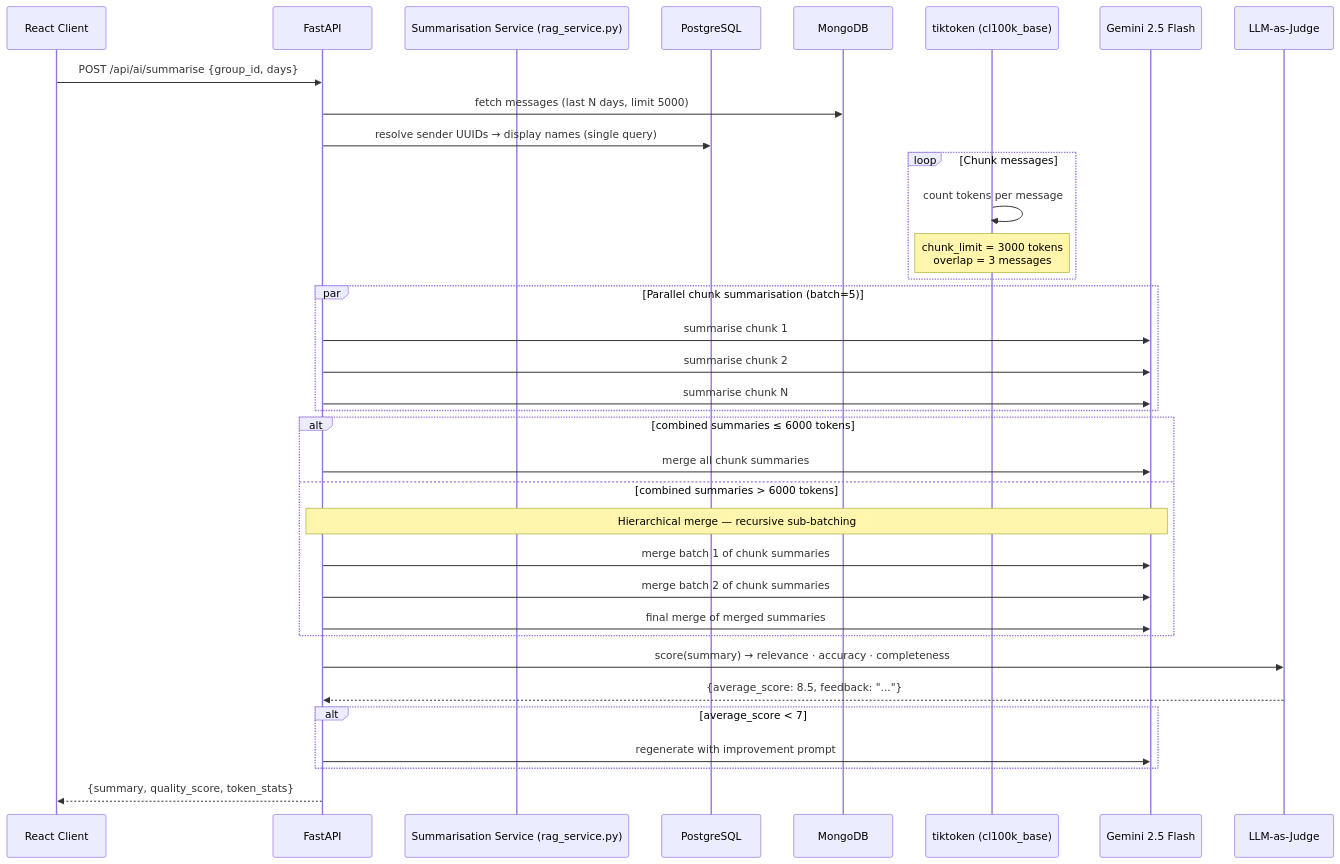
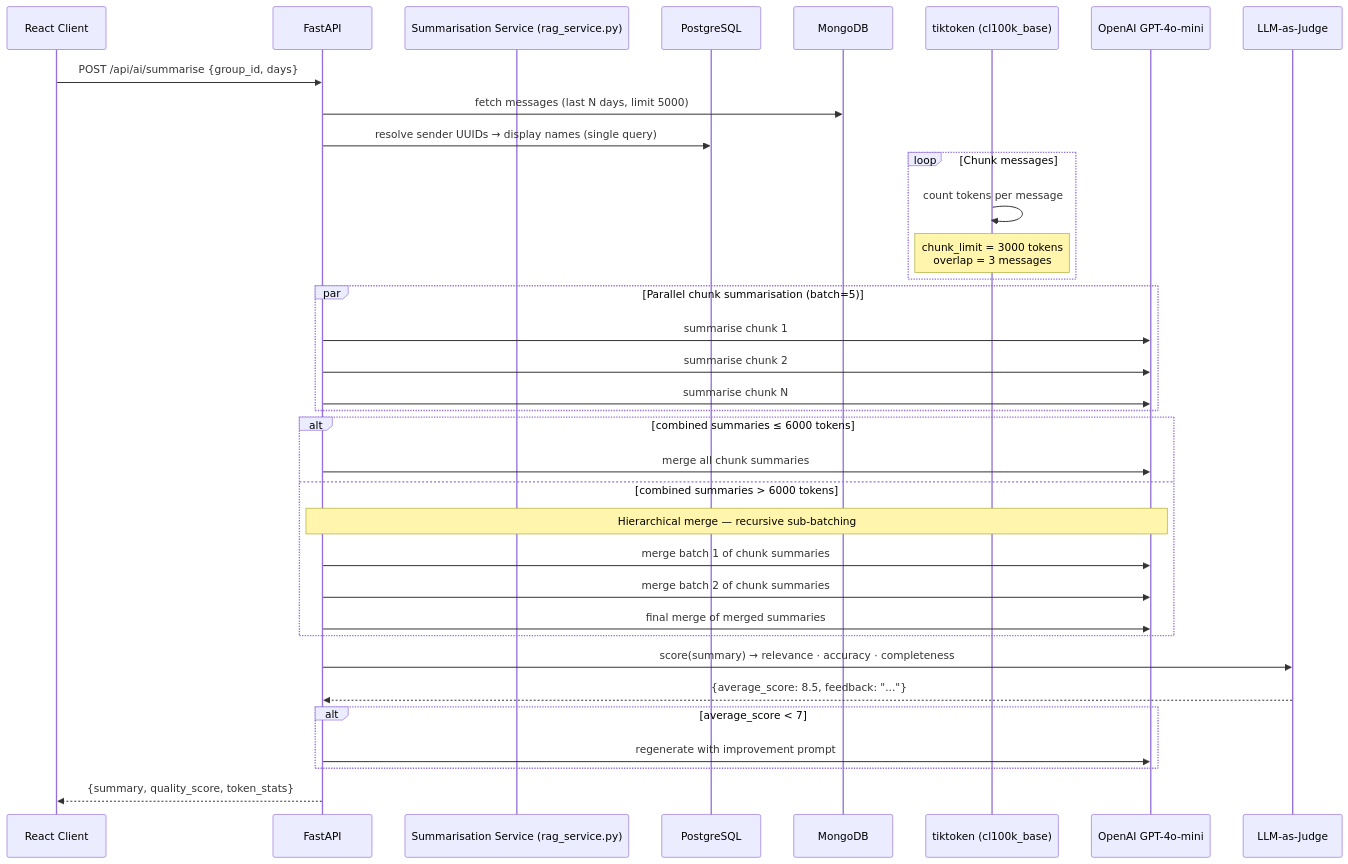
The second of 3 diagrams in docs/data-flow/retrieval-flow.md (keerthanajothiramesh/AI-Powered-Messaging-Platform), drawn with Mermaid before and after one commit. The commit also changed other lines of this file and 21 other files, not shown here.

First line of the commit message:
feat: migrate LLM backend from Google Gemini to OpenAI GPT-4o-mini

````diff
--- a/docs/data-flow/retrieval-flow.md
+++ b/docs/data-flow/retrieval-flow.md
@@ -43,45 +43,45 @@
 ```mermaid
 sequenceDiagram
     participant Client as React Client
     participant API as FastAPI
     participant SummSvc as Summarisation Service (rag_service.py)
     participant PG as PostgreSQL
     participant Mongo as MongoDB
     participant Tiktoken as tiktoken (cl100k_base)
-    participant Gemini as Gemini 2.5 Flash
+    participant OpenAI as OpenAI GPT-4o-mini
     participant Judge as LLM-as-Judge
 
     Client->>API: POST /api/ai/summarise {group_id, days}
 
     API->>Mongo: fetch messages (last N days, limit 5000)
     API->>PG: resolve sender UUIDs → display names (single query)
 
     loop Chunk messages
         Tiktoken->>Tiktoken: count tokens per message
         Note over Tiktoken: chunk_limit = 3000 tokens<br/>overlap = 3 messages
     end
 
     par Parallel chunk summarisation (batch=5)
-        API->>Gemini: summarise chunk 1
-        API->>Gemini: summarise chunk 2
-        API->>Gemini: summarise chunk N
+        API->>OpenAI: summarise chunk 1
+        API->>OpenAI: summarise chunk 2
+        API->>OpenAI: summarise chunk N
     end
 
     alt combined summaries ≤ 6000 tokens
-        API->>Gemini: merge all chunk summaries
+        API->>OpenAI: merge all chunk summaries
     else combined summaries > 6000 tokens
-        Note over API,Gemini: Hierarchical merge — recursive sub-batching
-        API->>Gemini: merge batch 1 of chunk summaries
-        API->>Gemini: merge batch 2 of chunk summaries
-        API->>Gemini: final merge of merged summaries
+        Note over API,OpenAI: Hierarchical merge — recursive sub-batching
+        API->>OpenAI: merge batch 1 of chunk summaries
+        API->>OpenAI: merge batch 2 of chunk summaries
+        API->>OpenAI: final merge of merged summaries
     end
 
     API->>Judge: score(summary) → relevance · accuracy · completeness
     Judge-->>API: {average_score: 8.5, feedback: "..."}
 
     alt average_score < 7
-        API->>Gemini: regenerate with improvement prompt
+        API->>OpenAI: regenerate with improvement prompt
     end
 
     API-->>Client: {summary, quality_score, token_stats}
 ```
````
